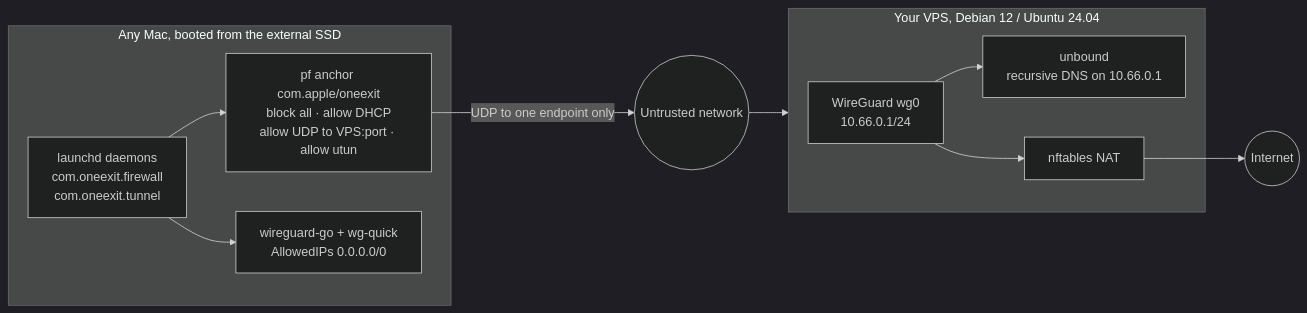
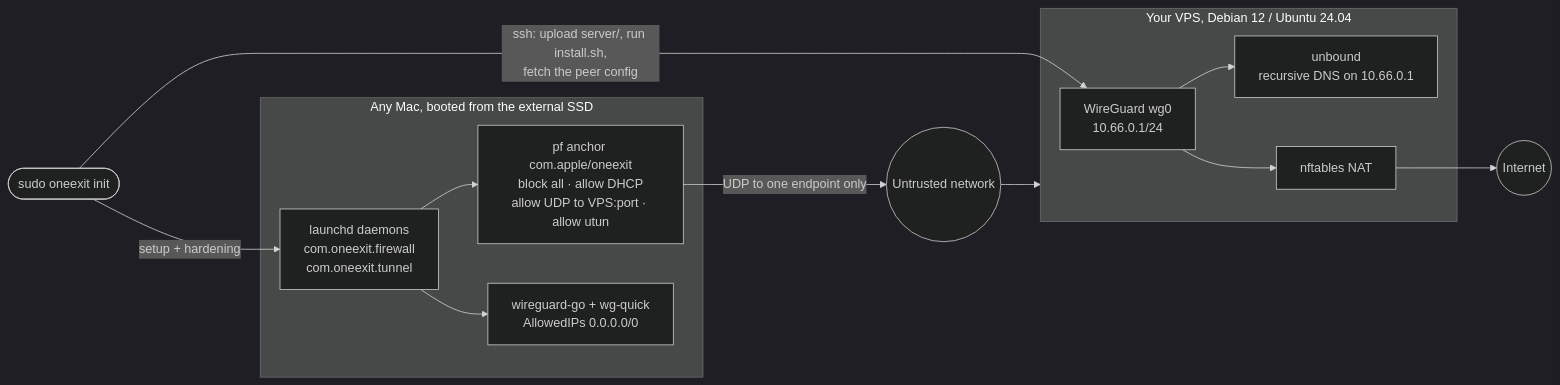
One commit to kvozianov/oneexit changed the diagram in README.md. Above: the diagram before and after it, drawn with Mermaid (dark theme). The commit also changed other lines of this file and 45 other files, not shown here.

````diff
--- a/README.md
+++ b/README.md
@@ -61,20 +58,22 @@
 ```mermaid
 flowchart LR
   subgraph mac["Any Mac, booted from the external SSD"]
     launchd["launchd daemons<br/>com.oneexit.firewall<br/>com.oneexit.tunnel"]
     pf["pf anchor com.apple/oneexit<br/>block all · allow DHCP<br/>allow UDP to VPS:port · allow utun"]
     wg["wireguard-go + wg-quick<br/>AllowedIPs 0.0.0.0/0"]
     launchd --> pf
     launchd --> wg
   end
   pf -- "UDP to one endpoint only" --> net((Untrusted network))
   net --> vps
   subgraph vps["Your VPS, Debian 12 / Ubuntu 24.04"]
     wgs["WireGuard wg0<br/>10.66.0.1/24"]
     unbound["unbound<br/>recursive DNS on 10.66.0.1"]
     nft["nftables NAT"]
     wgs --> unbound
     wgs --> nft
   end
   nft --> world((Internet))
+  init(["sudo oneexit init"]) -- "setup + hardening" --> launchd
+  init -- "ssh: upload server/, run install.sh,<br/>fetch the peer config" --> wgs
 ```
````
